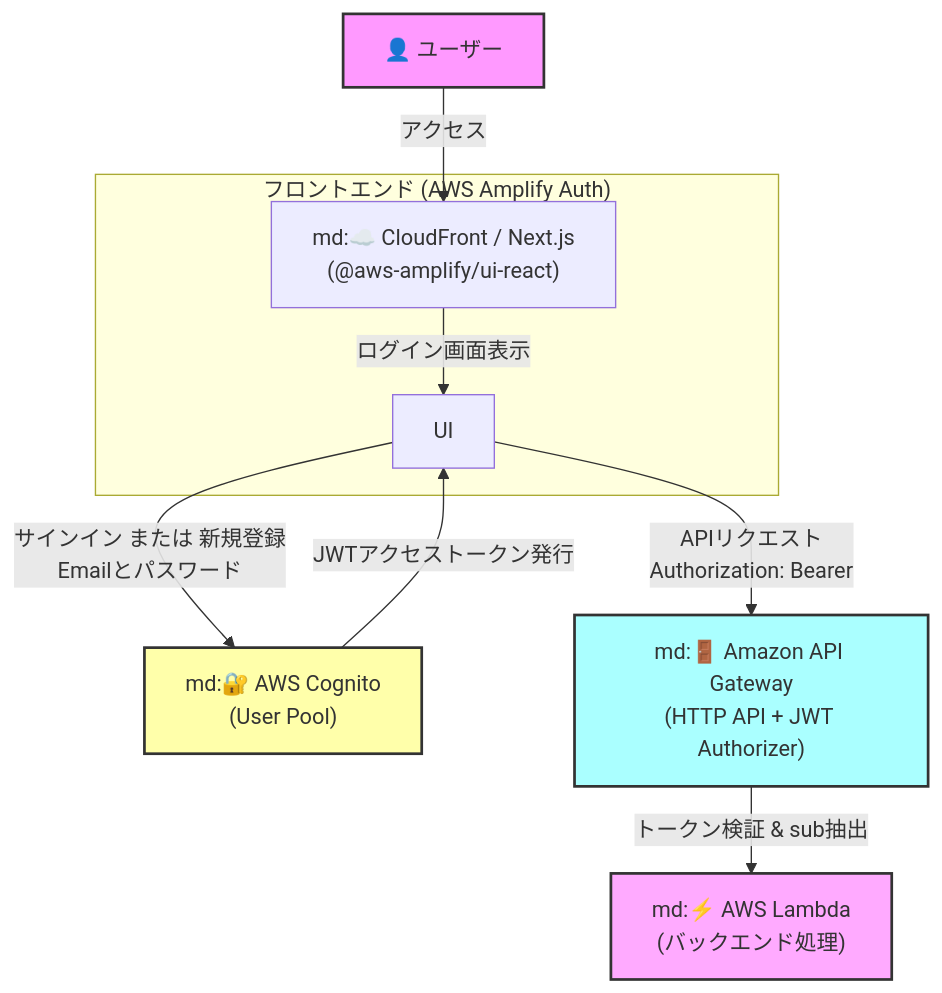
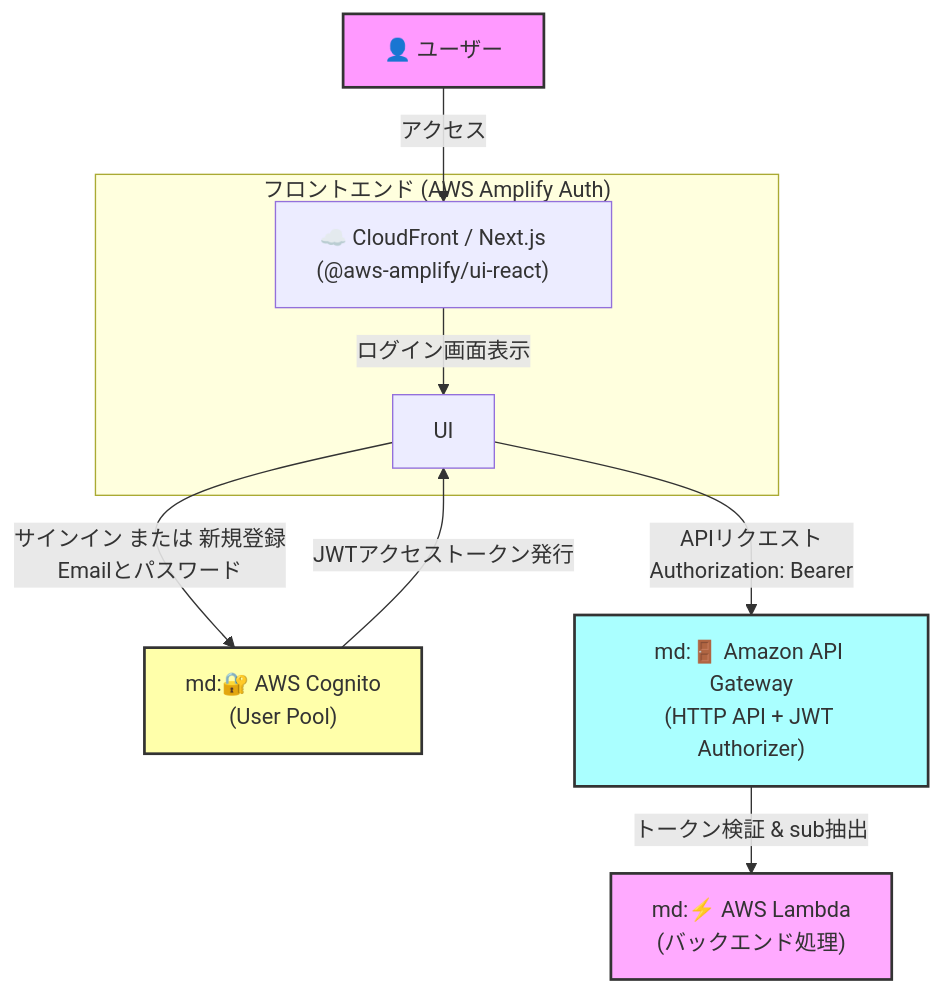
One commit to kmemn46/kuso-account-ai changed the diagram in README.md. Above: the diagram before and after it, drawn with Mermaid.

Commit message:
README修正

````diff
--- a/README.md
+++ b/README.md
@@ -46,32 +46,32 @@
 ```mermaid
 %%{init: {
   "flowchart": { 
     "nodeSpacing": 30, 
     "rankSpacing": 40,
     "padding": 15
   },
   "theme": "default"
 }}%%
 graph TD
     %% ユーザーとフロントエンド
-    User["👤 ユーザー"] -->|アクセス| CF["md:☁️ CloudFront / Next.js<br/>(@aws-amplify/ui-react)"]
+    User["👤 ユーザー"] -->|アクセス| CF["☁️ CloudFront / Next.js &nbsp;&nbsp;&nbsp;<br/>(@aws-amplify/ui-react) &nbsp;&nbsp;&nbsp;"]
     
     subgraph Frontend ["フロントエンド (AWS Amplify Auth)"]
         CF -->|ログイン画面表示| UI["<Authenticator> UI"]
     end
 
     %% 認証フェーズ
     UI -->|サインイン または 新規登録<br/>Emailとパスワード| Cognito["md:🔐 AWS Cognito<br/>(User Pool)"]
     Cognito -->|JWTアクセストークン発行| UI
 
     %% APIリクエストフェーズ
     UI -->|APIリクエスト<br/>Authorization: Bearer <JWT>| APIGW["md:🚪 Amazon API Gateway<br/>(HTTP API + JWT Authorizer)"]
     
     %% 認可・バックエンドフェーズ
     APIGW -->|トークン検証 & sub抽出| Lambda["md:⚡️ AWS Lambda<br/>(バックエンド処理)"]
 
     style User fill:#f9f,stroke:#333,stroke-width:2px
     style Cognito fill:#ffa,stroke:#333,stroke-width:2px
     style APIGW fill:#aff,stroke:#333,stroke-width:2px
     style Lambda fill:#faf,stroke:#333,stroke-width:2px
 ```
````
